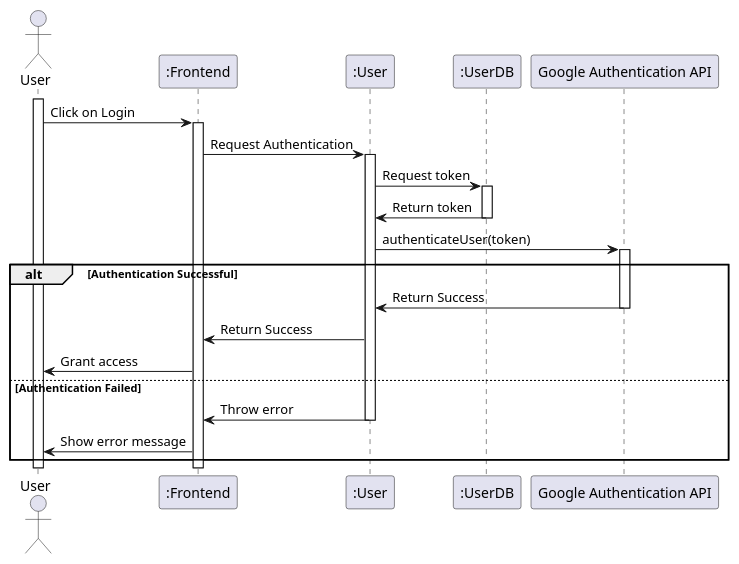
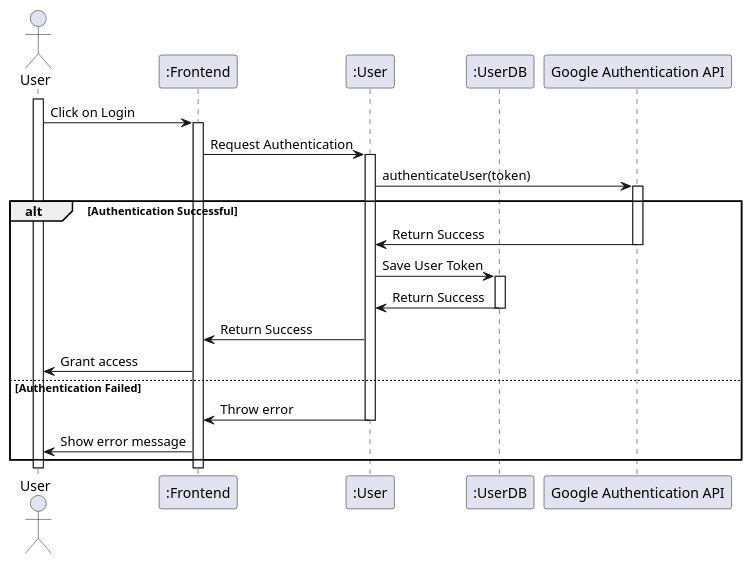
The diagram in plantUML/authenticate_user.puml (xuantungbrian/Tomato), drawn with PlantUML before and after one commit. The commit also changed 1 other file, not shown here.

Commit message:
Modify UserDB interaction in authenticate sequence diagram

```diff
--- a/plantUML/authenticate_user.puml
+++ b/plantUML/authenticate_user.puml
@@ -1,32 +1,32 @@
 @startuml
 
 ' Sequence Diagram: User Authentication
 actor User
 participant ":Frontend" as App
 participant ":User" as UserClass
 participant ":UserDB" as UserDB
 participant "Google Authentication API" as Google
 
 activate User
 User -> App: Click on Login
 activate App
 App->UserClass: Request Authentication
 activate UserClass
-UserClass -> UserDB: Request token
-activate UserDB
-UserDB -> UserClass: Return token
-deactivate UserDB
 UserClass -> Google: authenticateUser(token)
 activate Google
 alt Authentication Successful
     Google -> UserClass: Return Success
     deactivate Google
+    UserClass -> UserDB: Save User Token
+    activate UserDB
+    UserDB -> UserClass: Return Success
+    deactivate UserDB
     UserClass -> App: Return Success
     App -> User: Grant access
 else Authentication Failed
     UserClass -> App: Throw error
     deactivate UserClass
     App -> User: Show error message
 end
 
 @enduml
```
